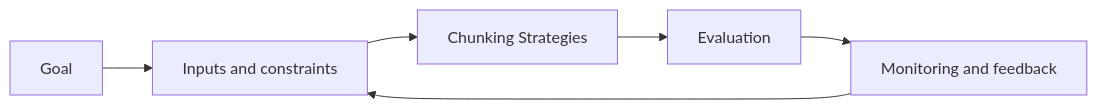
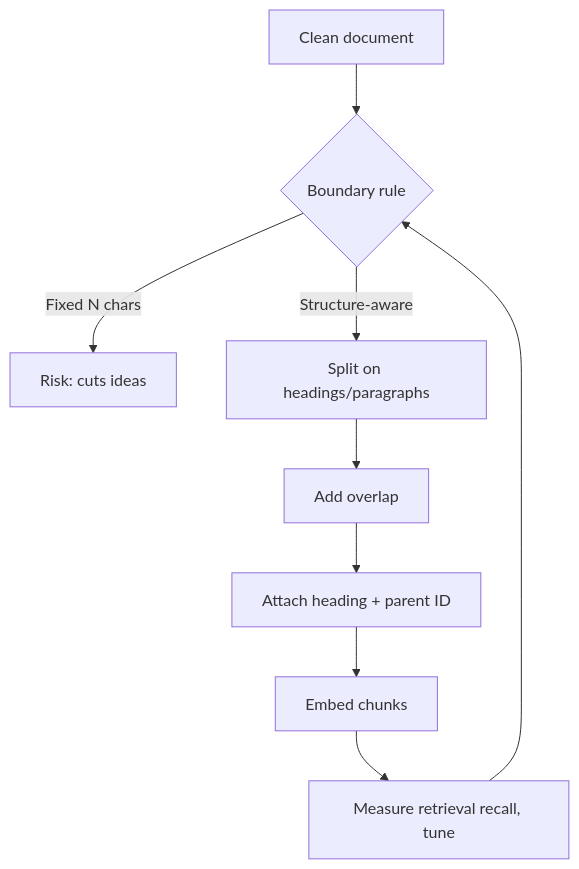
Before and after one commit to Icon1cc/Machine-Learning: the diagram in rag/04-chunking-strategies.md, drawn with Mermaid. The commit also changed other lines of this file and 118 other files, not shown here.

````diff
--- a/rag/04-chunking-strategies.md
+++ b/rag/04-chunking-strategies.md
@@ -93,8 +70,11 @@
 ```mermaid
-flowchart LR
-    A[Goal] --> B[Inputs and constraints]
-    B --> C[Chunking Strategies]
-    C --> D[Evaluation]
-    D --> E[Monitoring and feedback]
-    E --> B
+flowchart TD
+    A[Clean document] --> B{Boundary rule}
+    B -- Fixed N chars --> C[Risk: cuts ideas]
+    B -- Structure-aware --> D[Split on headings/paragraphs]
+    D --> E[Add overlap]
+    E --> F[Attach heading + parent ID]
+    F --> G[Embed chunks]
+    G --> H[Measure retrieval recall, tune]
+    H --> B
 ```
````
